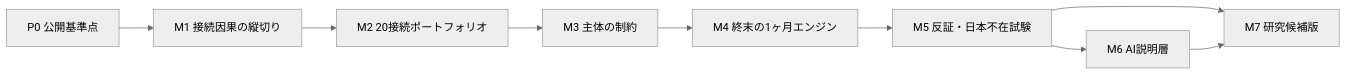
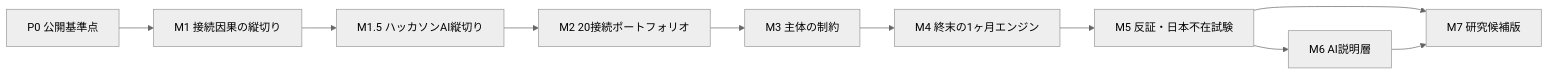
The diagram in ROADMAP.md (nexus-ai-2045/quiet-orchestrator-japan), drawn with Mermaid (neutral theme) before and after one commit. The commit also changed other lines of this file and 15 other files, not shown here.

````diff
--- a/ROADMAP.md
+++ b/ROADMAP.md
@@ -28,11 +28,12 @@
 ```mermaid
 flowchart LR
     p0["P0 公開基準点"] --> m1["M1 接続因果の縦切り"]
-    m1 --> m2["M2 20接続ポートフォリオ"]
+    m1 --> m15["M1.5 ハッカソンAI縦切り"]
+    m15 --> m2["M2 20接続ポートフォリオ"]
     m2 --> m3["M3 主体の制約"]
     m3 --> m4["M4 終末の1ヶ月エンジン"]
     m4 --> m5["M5 反証・日本不在試験"]
     m5 --> m6["M6 AI説明層"]
     m5 --> m7["M7 研究候補版"]
     m6 --> m7
 ```
````
